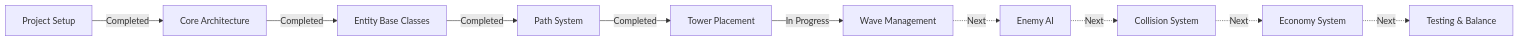
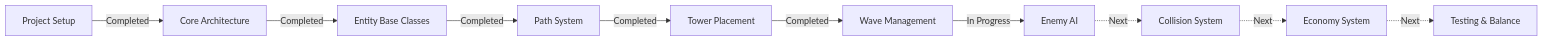
One commit to rupertgermann/tower-defence changed the diagram in memory-bank/activeContext.md. Above: the diagram before and after it, drawn with Mermaid. The commit also changed other lines of this file and 5 other files, not shown here.

````diff
--- a/memory-bank/activeContext.md
+++ b/memory-bank/activeContext.md
@@ -7,12 +7,12 @@
 ```mermaid
 flowchart LR
     A[Project Setup] -->|Completed| B[Core Architecture]
     B -->|Completed| C[Entity Base Classes]
     C -->|Completed| D[Path System]
     D -->|Completed| E[Tower Placement]
-    E -->|In Progress| F[Wave Management]
-    F -.->|Next| G[Enemy AI]
+    E -->|Completed| F[Wave Management]
+    F -->|In Progress| G[Enemy AI]
     G -.->|Next| H[Collision System]
     H -.->|Next| I[Economy System]
     I -.->|Next| J[Testing & Balance]
 ```
````
